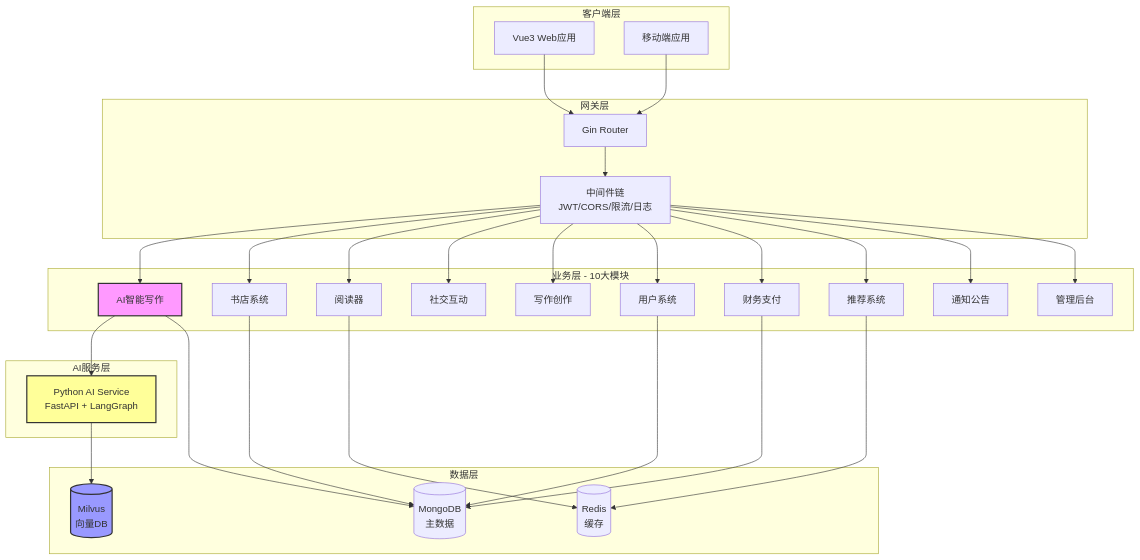
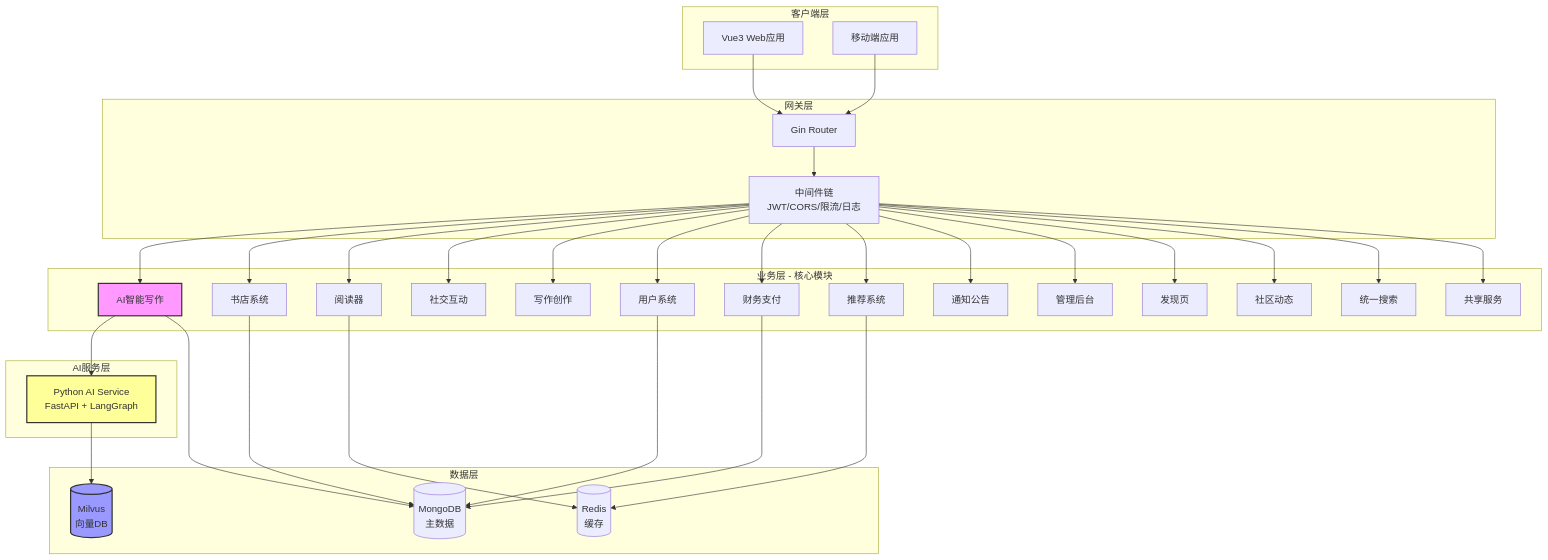
One commit to yukin371/Qingyu_backend changed the diagram in README.md. Above: the diagram before and after it, drawn with Mermaid. The commit also changed other lines of this file and 4 other files, not shown here.

````diff
--- a/README.md
+++ b/README.md
@@ -105,63 +104,71 @@
 ```mermaid
 graph TB
     subgraph "客户端层"
         Web[Vue3 Web应用]
         Mobile[移动端应用]
     end
 
     subgraph "网关层"
         Router[Gin Router]
         Middleware[中间件链<br/>JWT/CORS/限流/日志]
     end
 
-    subgraph "业务层 - 10大模块"
+    subgraph "业务层 - 核心模块"
         AI[AI智能写作]
         Bookstore[书店系统]
         Reader[阅读器]
         Social[社交互动]
         Writer[写作创作]
         User[用户系统]
         Finance[财务支付]
         Recommend[推荐系统]
         Notice[通知公告]
         Admin[管理后台]
+        Discovery[发现页]
+        Community[社区动态]
+        Search[统一搜索]
+        Shared[共享服务]
     end
 
     subgraph "数据层"
         MongoDB[(MongoDB<br/>主数据)]
         Redis[(Redis<br/>缓存)]
         Milvus[(Milvus<br/>向量DB)]
     end
 
     subgraph "AI服务层"
         PythonAI[Python AI Service<br/>FastAPI + LangGraph]
     end
 
     Web --> Router
     Mobile --> Router
     Router --> Middleware
     Middleware --> AI
     Middleware --> Bookstore
     Middleware --> Reader
     Middleware --> Social
     Middleware --> Writer
     Middleware --> User
     Middleware --> Finance
     Middleware --> Recommend
     Middleware --> Notice
     Middleware --> Admin
+    Middleware --> Discovery
+    Middleware --> Community
+    Middleware --> Search
+    Middleware --> Shared
 
     AI --> PythonAI
     PythonAI --> Milvus
 
     AI --> MongoDB
     Bookstore --> MongoDB
     Reader --> Redis
     Recommend --> Redis
     User --> MongoDB
     Finance --> MongoDB
 
     style AI fill:#f9f,stroke:#333,stroke-width:2px
     style PythonAI fill:#ff9,stroke:#333,stroke-width:2px
     style Milvus fill:#99f,stroke:#333,stroke-width:2px
 ```
````
